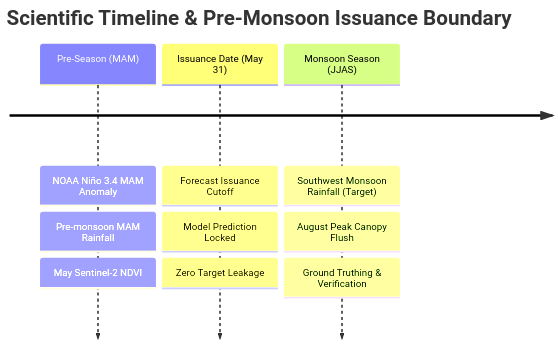
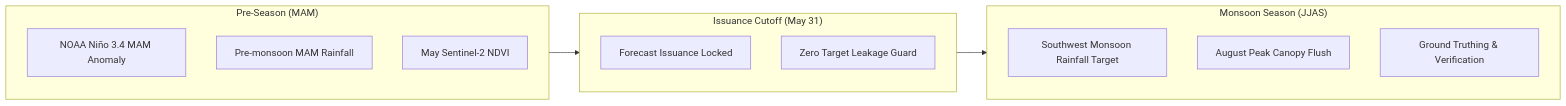
Before and after one commit to yelemvenkatarachika/VARUNA-2047: the second of 3 diagrams in TECHNICAL_DESIGN.md, drawn with Mermaid. The commit also changed other lines of this file and 2 other files, not shown here.

````diff
--- a/TECHNICAL_DESIGN.md
+++ b/TECHNICAL_DESIGN.md
@@ -83,7 +89,24 @@
 ```mermaid
-timeline
-    title Scientific Timeline & Pre-Monsoon Issuance Boundary
-    Pre-Season (MAM) : NOAA Niño 3.4 MAM Anomaly : Pre-monsoon MAM Rainfall : May Sentinel-2 NDVI
-    Issuance Date (May 31) : Forecast Issuance Cutoff : Model Prediction Locked : Zero Target Leakage
-    Monsoon Season (JJAS) : Southwest Monsoon Rainfall (Target) : August Peak Canopy Flush : Ground Truthing & Verification
+flowchart LR
+    subgraph PreSeason ["Pre-Season (MAM)"]
+        direction TB
+        E1["NOAA Niño 3.4 MAM Anomaly"]
+        E2["Pre-monsoon MAM Rainfall"]
+        E3["May Sentinel-2 NDVI"]
+    end
+
+    subgraph Cutoff ["Issuance Cutoff (May 31)"]
+        direction TB
+        C1["Forecast Issuance Locked"]
+        C2["Zero Target Leakage Guard"]
+    end
+
+    subgraph Monsoon ["Monsoon Season (JJAS)"]
+        direction TB
+        M1["Southwest Monsoon Rainfall Target"]
+        M2["August Peak Canopy Flush"]
+        M3["Ground Truthing & Verification"]
+    end
+
+    PreSeason --> Cutoff --> Monsoon
 ```
````
